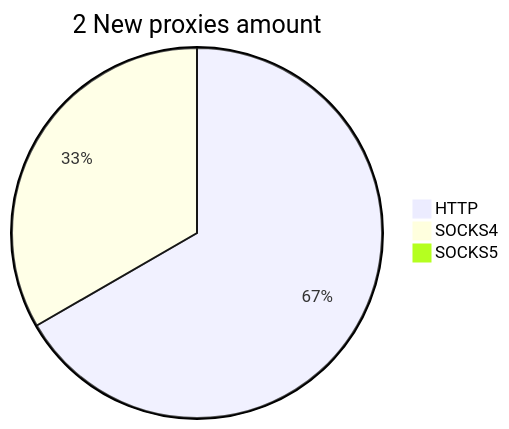
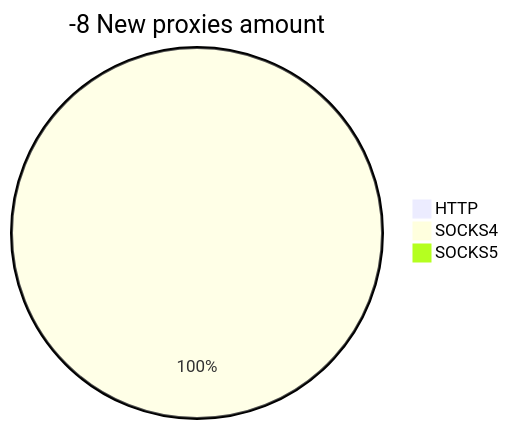
One commit to cutipu/proxylist changed the second of 2 diagrams in README.md. Above: the diagram before and after it, drawn with Mermaid. The commit also changed other lines of this file, not shown here.

````diff
--- a/README.md
+++ b/README.md
@@ -10,6 +10,6 @@
 ```mermaid
-pie title 2 New proxies amount
-    "HTTP" : 2
+pie title -8 New proxies amount
+    "HTTP" : 0
     "SOCKS4" : 1
     "SOCKS5" : 0
 ```
````
